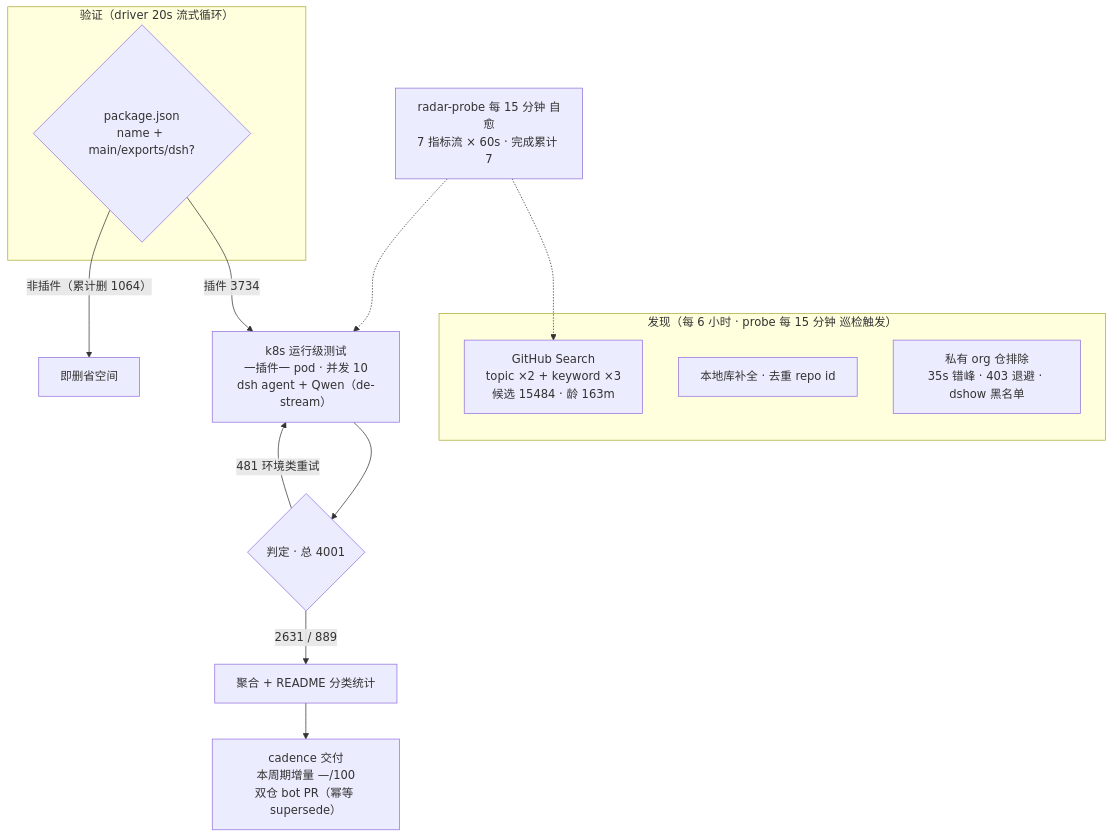
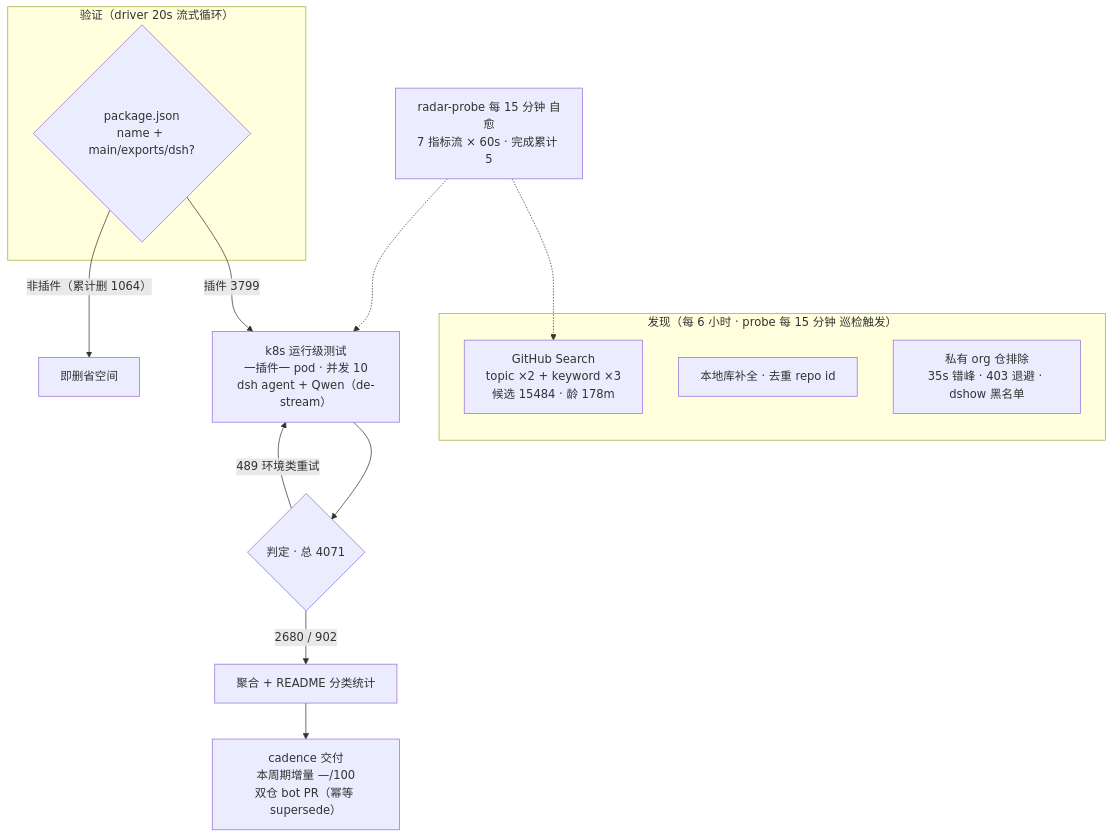
Before and after one commit to Zhidao-Lab-OSS/awesome-dsh-plugins: the diagram in README.md, drawn with Mermaid. The commit also changed other lines of this file and 1 other file, not shown here.

````diff
--- a/README.md
+++ b/README.md
@@ -37,20 +37,20 @@
 ```mermaid
 flowchart TB
     subgraph Discovery["发现（每 6 小时 · probe 每 15 分钟 巡检触发）"]
-        A1["GitHub Search<br/>topic ×2 + keyword ×3<br/>候选 15484 · 龄 163m"]
+        A1["GitHub Search<br/>topic ×2 + keyword ×3<br/>候选 15484 · 龄 178m"]
         A2["本地库补全 · 去重 repo id"]
         A3["私有 org 仓排除<br/>35s 错峰 · 403 退避 · dshow 黑名单"]
     end
     subgraph Validation["验证（driver 20s 流式循环）"]
         B1{"package.json<br/>name + main/exports/dsh?"}
     end
-    B1 -->|"插件 3734"| C1["k8s 运行级测试<br/>一插件一 pod · 并发 10<br/>dsh agent + Qwen（de-stream）"]
+    B1 -->|"插件 3799"| C1["k8s 运行级测试<br/>一插件一 pod · 并发 10<br/>dsh agent + Qwen（de-stream）"]
     B1 -->|"非插件（累计删 1064）"| B3["即删省空间"]
-    C1 --> D1{"判定 · 总 4001"}
-    D1 -->|"2631 / 889"| E1["聚合 + README 分类统计"]
-    D1 -->|"481 环境类重试"| C1
+    C1 --> D1{"判定 · 总 4071"}
+    D1 -->|"2680 / 902"| E1["聚合 + README 分类统计"]
+    D1 -->|"489 环境类重试"| C1
     E1 --> E2["cadence 交付<br/>本周期增量 —/100<br/>双仓 bot PR（幂等 supersede）"]
-    M["radar-probe 每 15 分钟 自愈<br/>7 指标流 × 60s · 完成累计 7"]
+    M["radar-probe 每 15 分钟 自愈<br/>7 指标流 × 60s · 完成累计 5"]
     M -.-> A1
     M -.-> C1
 ```
````
